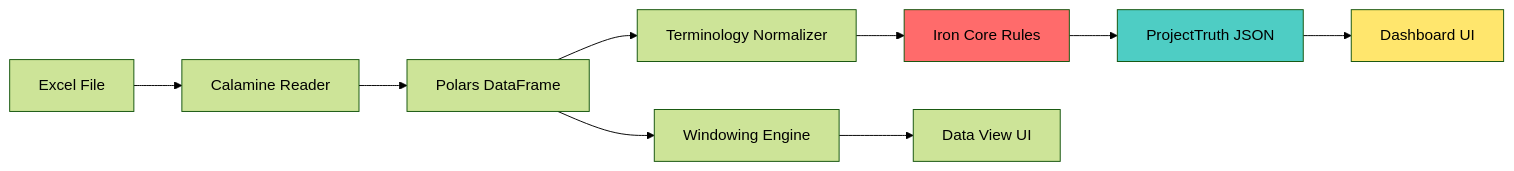
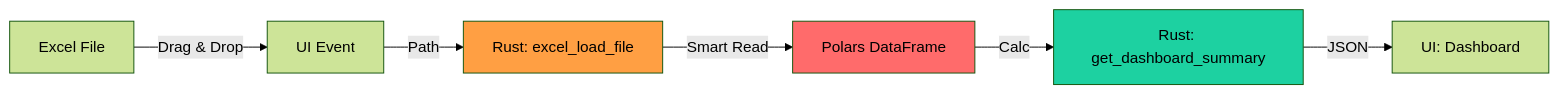
One commit to so-sai/TachFile_To changed the diagram in docs/specs/MASTER_V2.5_DASHBOARD.md. Above: the diagram before and after it, drawn with Mermaid (forest theme). The commit also changed other lines of this file and 2 other files, not shown here.

First line of the commit message:
chore: Sync pending work (Excel engine fixes, updated lessons/specs)

````diff
--- a/docs/specs/MASTER_V2.5_DASHBOARD.md
+++ b/docs/specs/MASTER_V2.5_DASHBOARD.md
@@ -101,16 +76,12 @@
 ```mermaid
 graph LR
-    A[Excel File] --> B[Calamine Reader]
-    B --> C[Polars DataFrame]
-    C --> D[Terminology Normalizer]
-    D --> E[Iron Core Rules]
-    E --> F[ProjectTruth JSON]
-    F --> G[Dashboard UI]
+    A[Excel File] -->|Drag & Drop| B[UI Event]
+    B -->|Path| C[Rust: excel_load_file]
+    C -->|Smart Read| D[Polars DataFrame]
+    D -->|Calc| E[Rust: get_dashboard_summary]
+    E -->|JSON| F[UI: Dashboard]
     
-    C --> H[Windowing Engine]
-    H --> I[Data View UI]
-    
-    style E fill:#ff6b6b
-    style F fill:#4ecdc4
-    style G fill:#ffe66d
+    style C fill:#ff9f43
+    style D fill:#ff6b6b
+    style E fill:#1dd1a1
 ```
````
